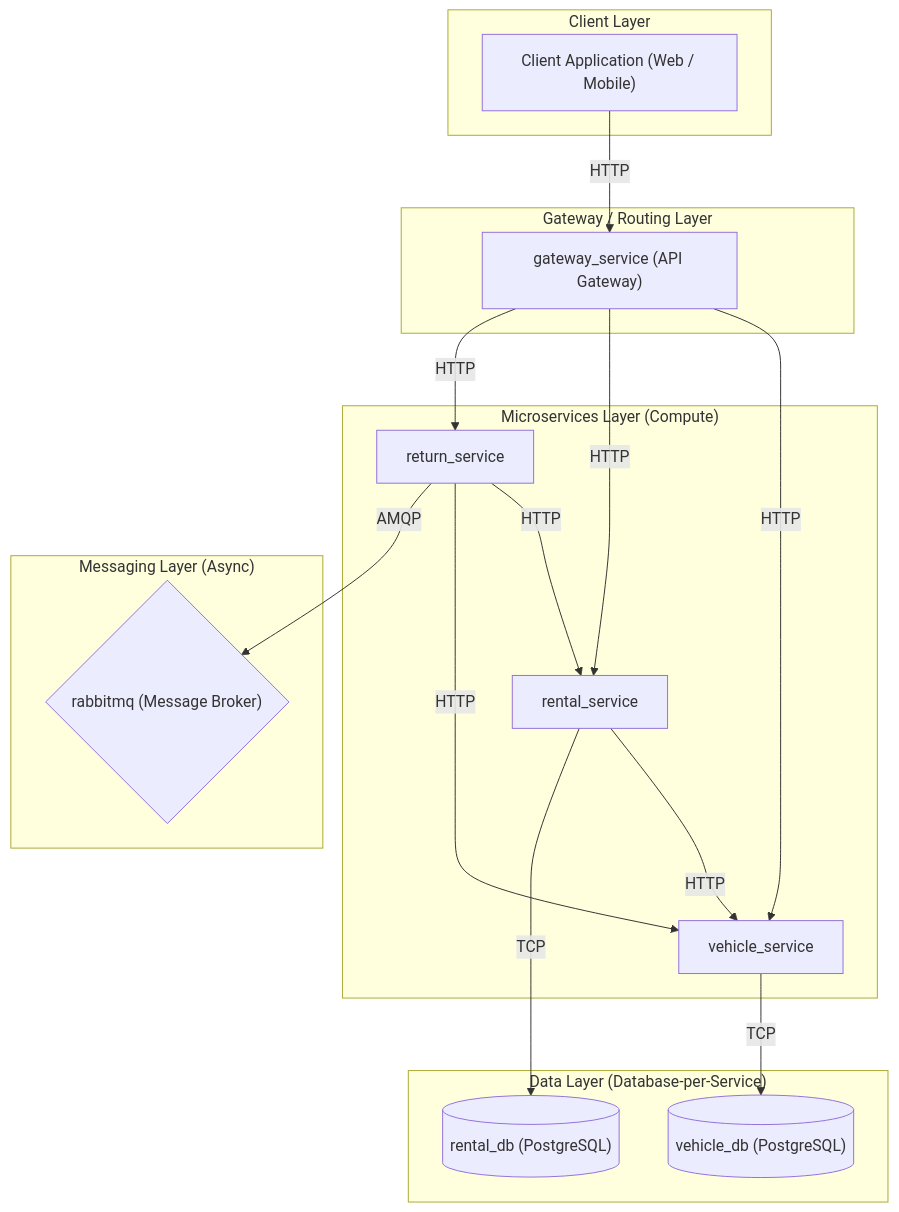
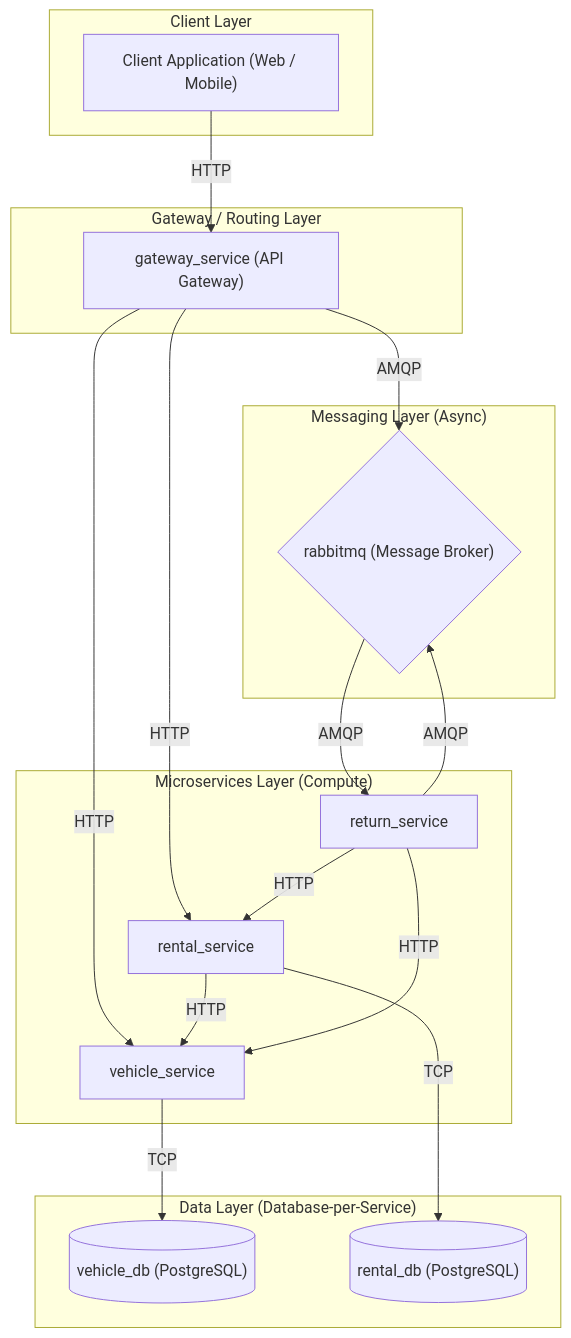
The diagram in README.md (RanWeissman/Deliverables), drawn with Mermaid before and after one commit.

Commit message:
readme_update

````diff
--- a/README.md
+++ b/README.md
@@ -14,55 +14,60 @@
 ```mermaid
 graph TD
     %% Client Layer
     subgraph "Client Layer"
         Client["Client Application (Web / Mobile)"]
     end
 
     %% Gateway / Routing Layer
     subgraph "Gateway / Routing Layer"
         GatewayService["gateway_service (API Gateway)"]
     end
 
     %% Microservices Layer
     subgraph "Microservices Layer (Compute)"
         VehicleService["vehicle_service"]
         RentalService["rental_service"]
         ReturnService["return_service"]
     end
 
     %% Messaging Layer
     subgraph "Messaging Layer (Async)"
         RabbitMQ{"rabbitmq (Message Broker)"}
     end
 
     %% Data Layer
     subgraph "Data Layer (Database-per-Service)"
         VehicleDB[("vehicle_db (PostgreSQL)")]
         RentalDB[("rental_db (PostgreSQL)")]
     end
 
     %% Connections & Flows
 
     %% Client -> Gateway
     Client -- HTTP --> GatewayService
 
     %% Gateway -> Microservices (Synchronous)
     GatewayService -- HTTP --> VehicleService
     GatewayService -- HTTP --> RentalService
-    GatewayService -- HTTP --> ReturnService
 
     %% Microservice -> Microservice (Synchronous HTTP)
     RentalService -- HTTP --> VehicleService
     ReturnService -- HTTP --> RentalService
     ReturnService -- HTTP --> VehicleService
 
-    %% Microservices -> Messaging Layer (Asynchronous AMQP)
+    %% Gateway -> Messaging Layer (Asynchronous)
+    GatewayService -- AMQP --> RabbitMQ
+
+    %% Messaging Layer -> Microservices (Asynchronous Consumer)
+    RabbitMQ -- AMQP --> ReturnService
+    
+    %% Microservices -> Messaging Layer (Retries / DLQ)
     ReturnService -- AMQP --> RabbitMQ
     
-    %% Note: Other services may publish to RabbitMQ, 
-    %% but return_service is explicitly connected via RABBITMQ_URI
+    %% Note: gateway_service publishes ReturnRequests to RabbitMQ.
+    %% return_service consumes these messages and may publish back for retries.
 
     %% Microservices -> Data Layer
     VehicleService -- TCP --> VehicleDB
     RentalService -- TCP --> RentalDB
 ```
````
